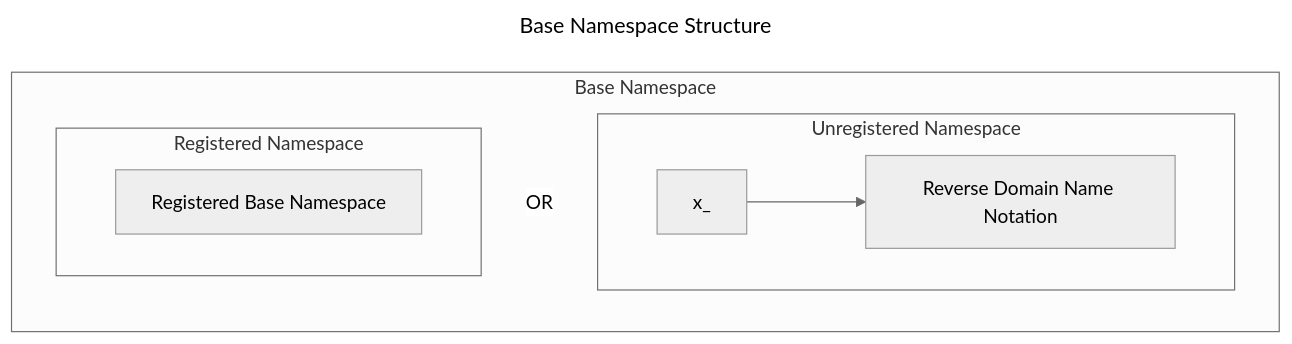
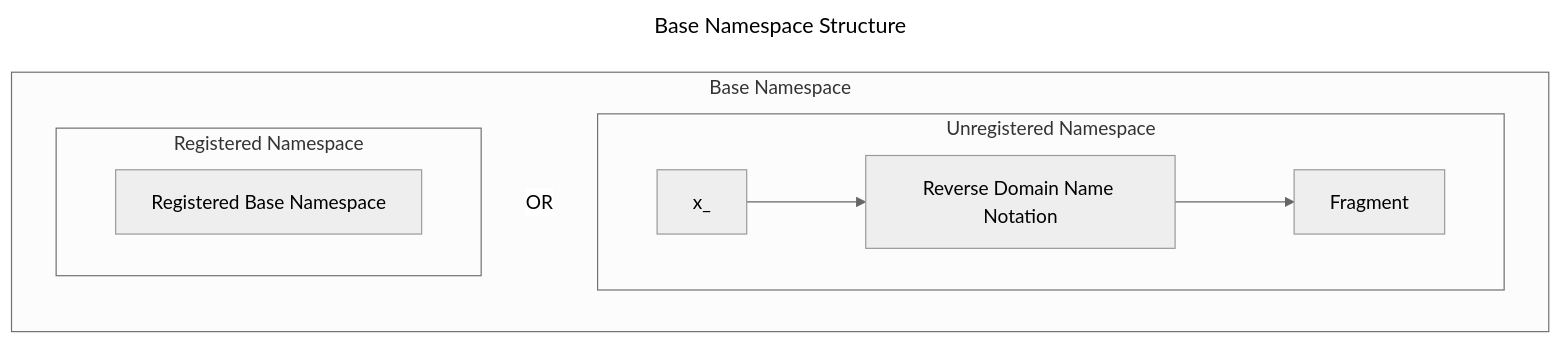
One commit to CERTCC/SSVC changed the second of 3 diagrams in docs/reference/code/namespaces.md. Above: the diagram before and after it, drawn with Mermaid (neutral theme). The commit also changed other lines of this file, not shown here.

````diff
--- a/docs/reference/code/namespaces.md
+++ b/docs/reference/code/namespaces.md
@@ -35,21 +35,22 @@
 ```mermaid
 ---
 title: Base Namespace Structure
 ---
 flowchart LR
     
 subgraph base_ns[Base Namespace]
     direction LR
     subgraph unregistered[Unregistered Namespace]
         direction LR
         xpfx[x_]
         reverse_ns[Reverse Domain Name Notation]
-        xpfx --> reverse_ns 
+        fragment[Fragment]
+        xpfx --> reverse_ns --> fragment
     end
     subgraph registered[Registered Namespace]
         direction LR
         base_registered[Registered Base Namespace]
     end
     registered ~~~|OR| unregistered
 end
 ```
````
